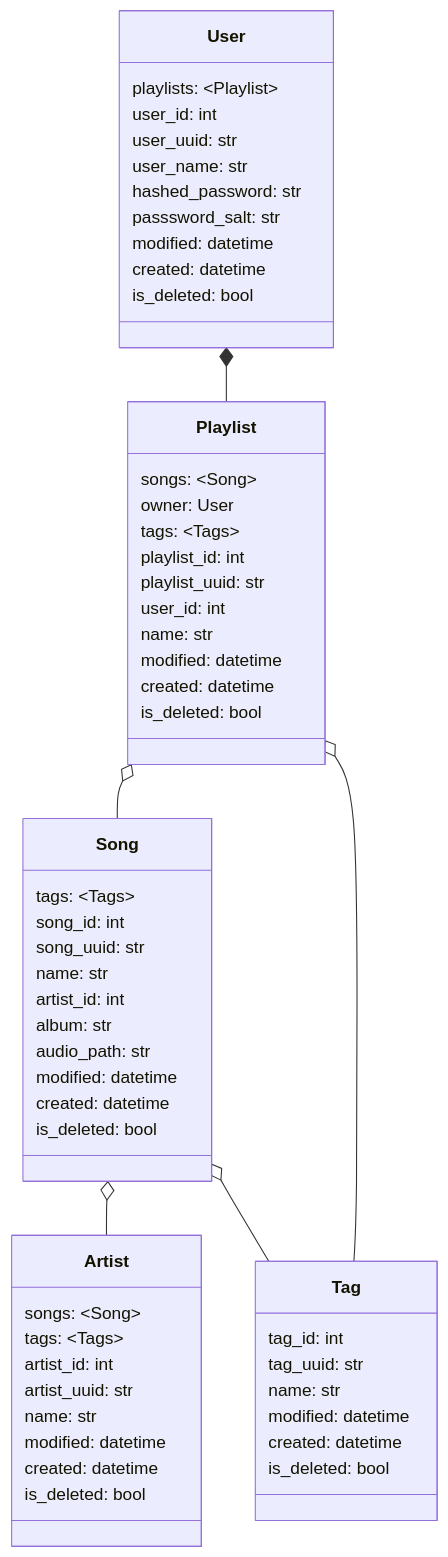
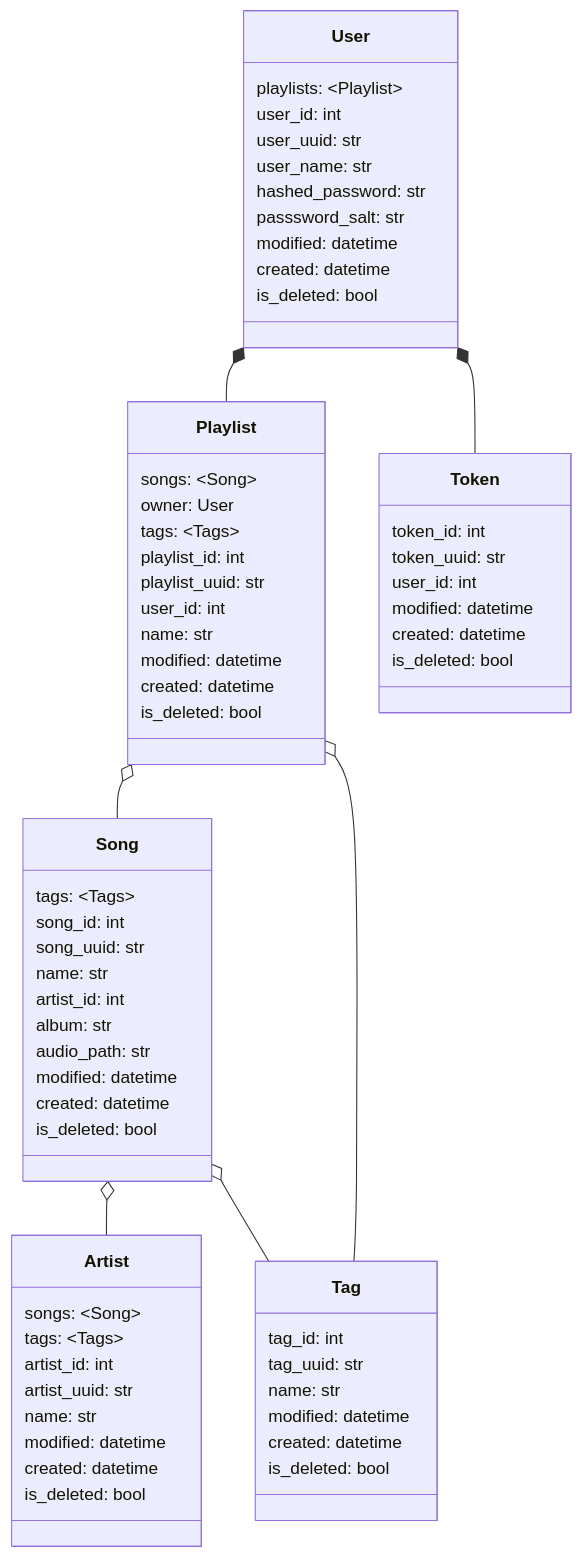
The second of 2 diagrams in README.md (theglobehead/playlist-app-with-fastapi-react), drawn with Mermaid before and after one commit. The commit also changed other lines of this file and 1 other file, not shown here.

Commit message:
fix: added tokens to diagrams

````diff
--- a/README.md
+++ b/README.md
@@ -108,70 +118,80 @@
 ```mermaid
 classDiagram
     class User{
         playlists: ~Playlist~
 
         user_id: int
         user_uuid: str
         user_name: str
         hashed_password: str
         passsword_salt: str
         modified: datetime
         created: datetime
         is_deleted: bool
     }
 
     class Playlist{
         songs: ~Song~
         owner: User
         tags: ~Tags~
 
         playlist_id: int
         playlist_uuid: str
         user_id: int
         name: str
         modified: datetime
         created: datetime
         is_deleted: bool
     }
 
     class Song{
         tags: ~Tags~
 
         song_id: int
         song_uuid: str
         name: str
         artist_id: int
         album: str
         audio_path: str
         modified: datetime
         created: datetime
         is_deleted: bool
     }
 
     class Artist{
         songs: ~Song~
         tags: ~Tags~
 
         artist_id: int
         artist_uuid: str
         name: str
         modified: datetime
         created: datetime
         is_deleted: bool
     }
 
     class Tag{
         tag_id: int
         tag_uuid: str
         name: str
         modified: datetime
         created: datetime
         is_deleted: bool
     }
 
+    class Token{
+        token_id: int
+        token_uuid: str
+        user_id: int
+        modified: datetime
+        created: datetime
+        is_deleted: bool
+    }
+
     User *-- Playlist
+    User *-- Token
     Playlist o-- Song
     Song o-- Artist
     Song o-- Tag
     Playlist o-- Tag
 ```
````
